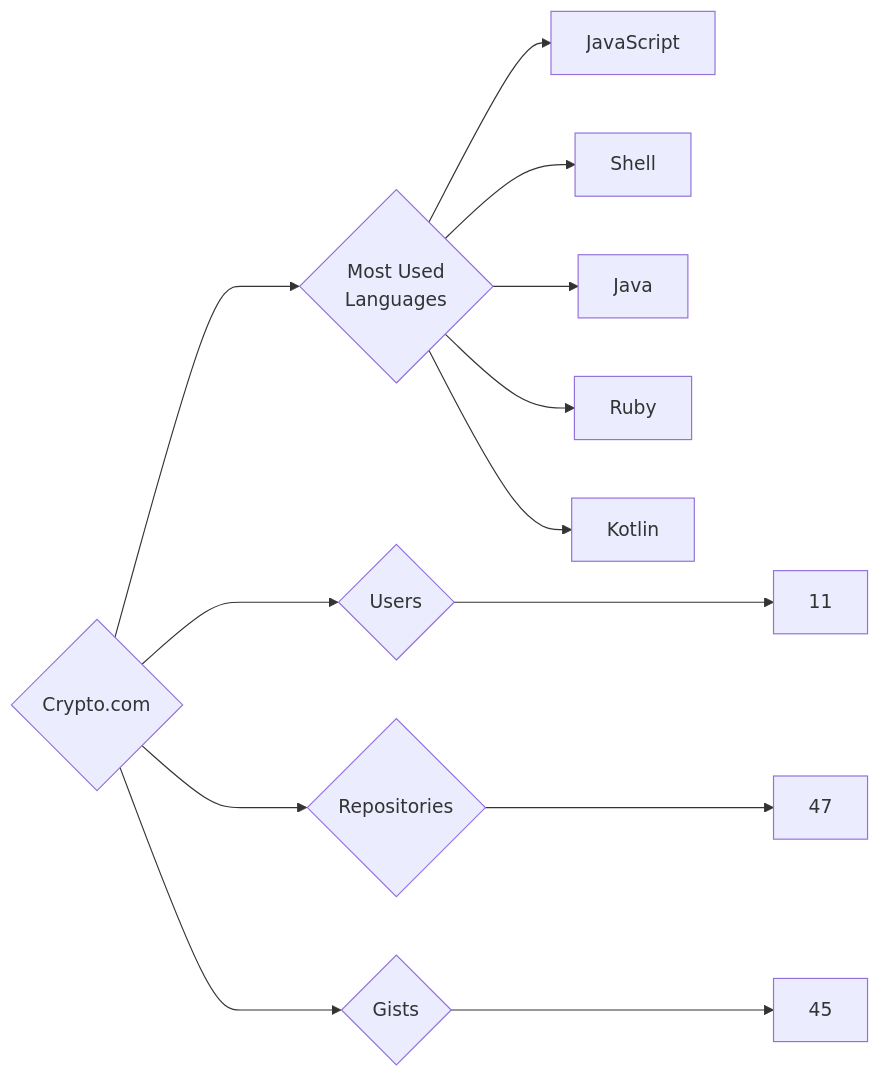
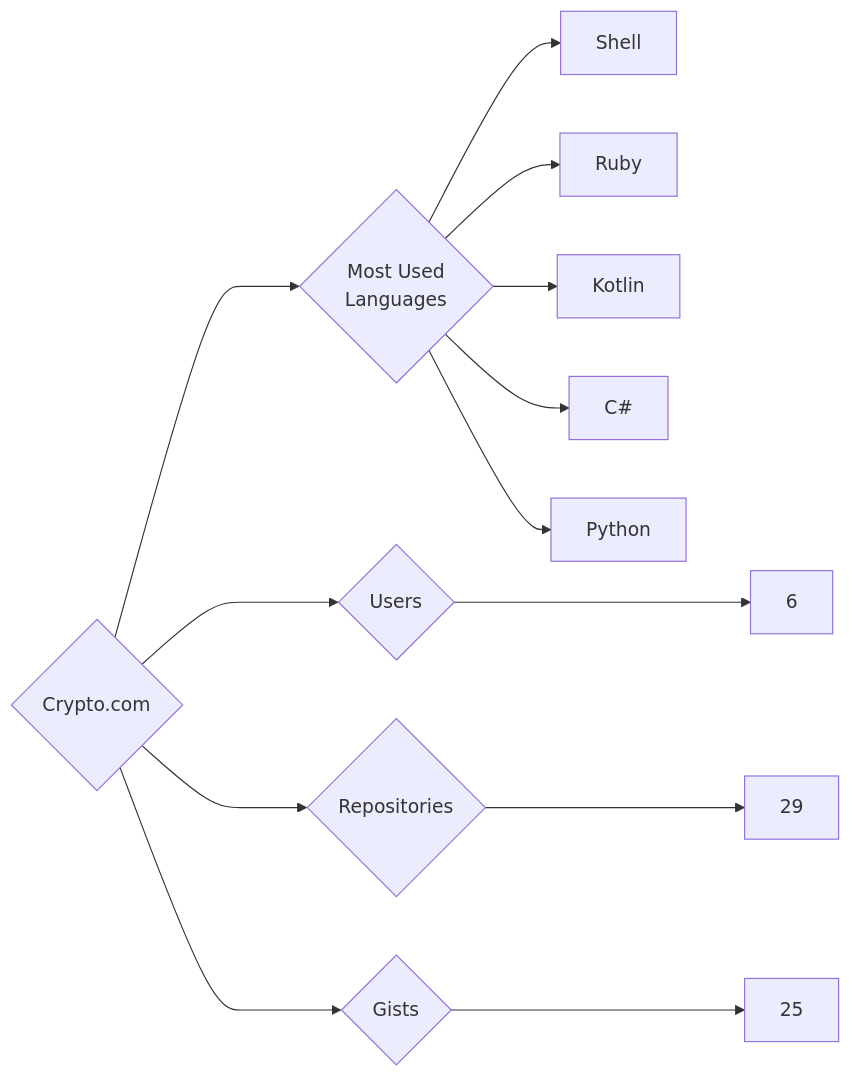
The diagram in targets/Crypto.com/README.md (trickest/insiders), drawn with Mermaid before and after one commit. The commit also changed 993 other files, not shown here.

````diff
--- a/targets/Crypto.com/README.md
+++ b/targets/Crypto.com/README.md
@@ -3,13 +3,13 @@
 ```mermaid
 graph LR
 COMPANY_NAME{Crypto.com}
-COMPANY_NAME ---> U{Users} ---> UN[11]
-COMPANY_NAME ---> R{Repositories} ---> RN[47]
-COMPANY_NAME ---> G{Gists} ---> GN[45]
+COMPANY_NAME ---> U{Users} ---> UN[6]
+COMPANY_NAME ---> R{Repositories} ---> RN[29]
+COMPANY_NAME ---> G{Gists} ---> GN[25]
 COMPANY_NAME ---> ML{Most Used<br>Languages}
-ML --> JavaScript[JavaScript]
 ML --> Shell[Shell]
-ML --> Java[Java]
 ML --> Ruby[Ruby]
 ML --> Kotlin[Kotlin]
+ML --> C#[C#]
+ML --> Python[Python]
 ```
````
